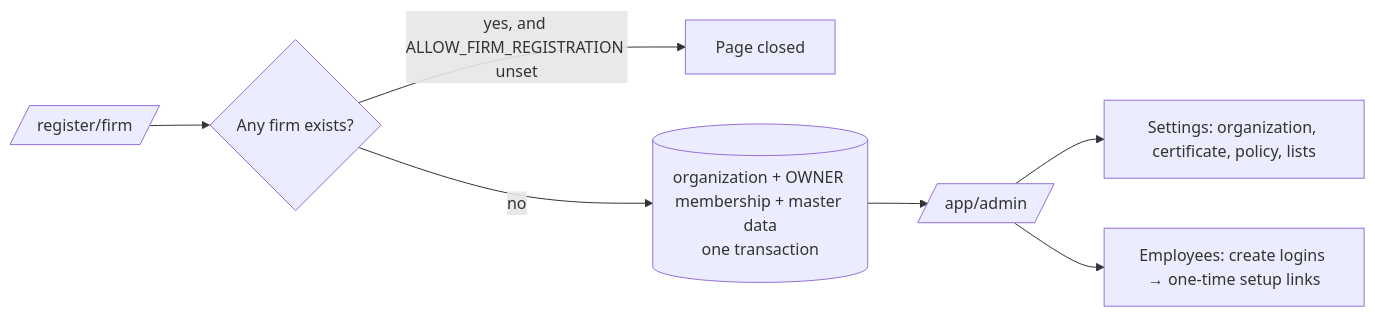
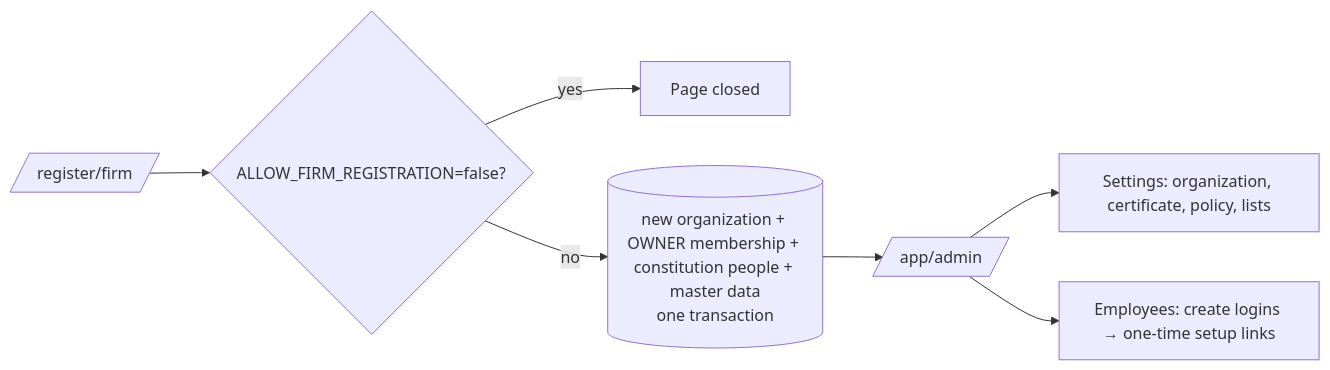
The second of 8 diagrams in docs/user-journeys.md (priyanshu442004/SS-Dimri), drawn with Mermaid before and after one commit. The commit also changed other lines of this file and 30 other files, not shown here.

First line of the commit message:
Serve many firms: open firm registration, staff-only client registration

````diff
--- a/docs/user-journeys.md
+++ b/docs/user-journeys.md
@@ -50,8 +50,8 @@
 ```mermaid
 flowchart LR
-  F[/register/firm/] --> C{Any firm exists?}
-  C -->|yes, and ALLOW_FIRM_REGISTRATION unset| CL[Page closed]
-  C -->|no| O[(organization + OWNER membership + master data<br/>one transaction)] --> AD[/app/admin/]
+  F[/register/firm/] --> C{ALLOW_FIRM_REGISTRATION=false?}
+  C -->|yes| CL[Page closed]
+  C -->|no| O[(new organization + OWNER membership + constitution people + master data<br/>one transaction)] --> AD[/app/admin/]
   AD --> S[Settings: organization, certificate, policy, lists]
   AD --> E[Employees: create logins → one-time setup links]
 ```
````
